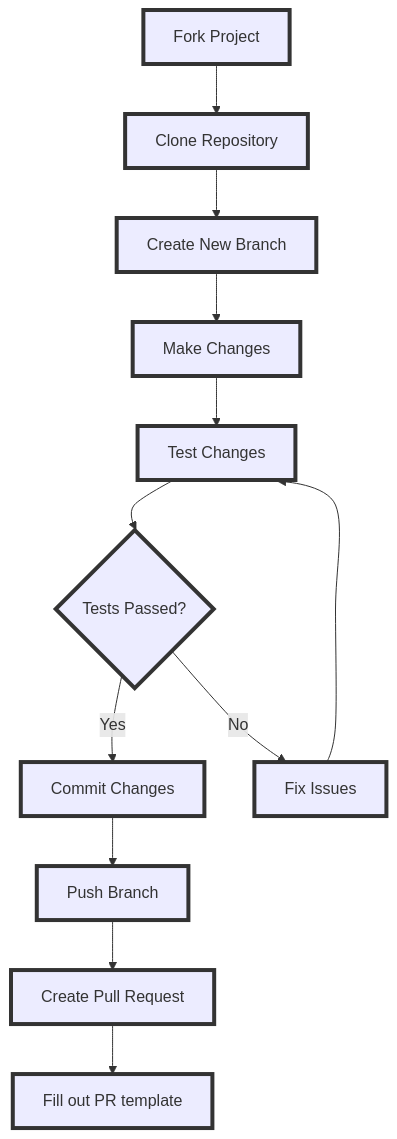
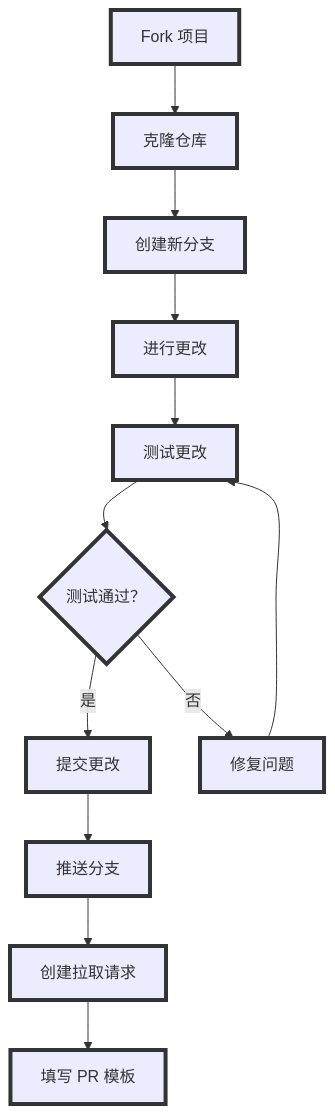
One commit to ChrisTitusTech/winutil changed the diagram in docs/CONTRIBUTING.md. Above: the diagram before and after it, drawn with Mermaid. The commit also changed other lines of this file and 98 other files, not shown here.

````diff
--- a/docs/CONTRIBUTING.md
+++ b/docs/CONTRIBUTING.md
@@ -48,16 +48,16 @@
 ``` mermaid
 %%{init: {"flowchart": {"curve": "cardinal"}} }%%
 graph TD
-  A[Fork Project] --> B[Clone Repository];
-  B --> C[Create New Branch];
-  C --> D[Make Changes];
-  D --> G[Test Changes];
-  G --> H{Tests Passed?};
-  H -->|Yes| E[Commit Changes];
-  H -->|No| J[Fix Issues];
-  J --> G;
-  E --> F[Push Branch];
-  F --> K[Create Pull Request];
-  K --> L[Fill out PR template];
+  A[Fork 项目] --> B[克隆仓库];
+  B --> C[创建新分支];
+  C --> D[进行更改];
+  D --> G[测试更改];
+  G --> H{测试通过？};
+  H -->|是| E[提交更改];
+  H -->|否| J[修复问题];
+  J --> G;
+  E --> F[推送分支];
+  F --> K[创建拉取请求];
+  K --> L[填写 PR 模板];
   classDef default stroke:#333,stroke-width:4px,font-size:12pt;
 ```
````
